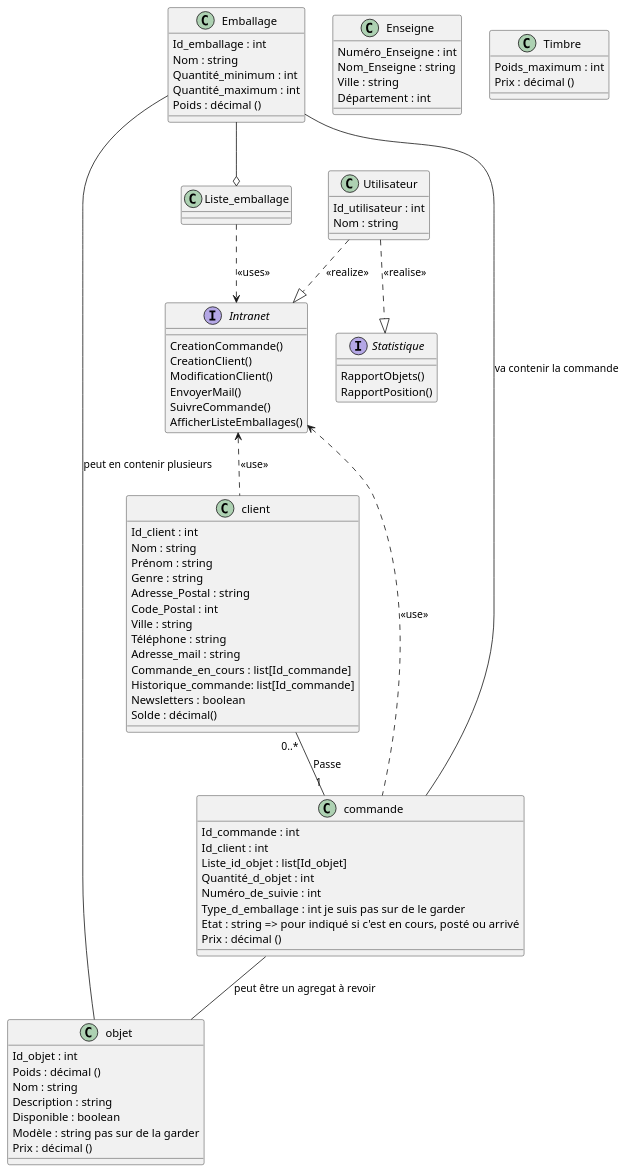
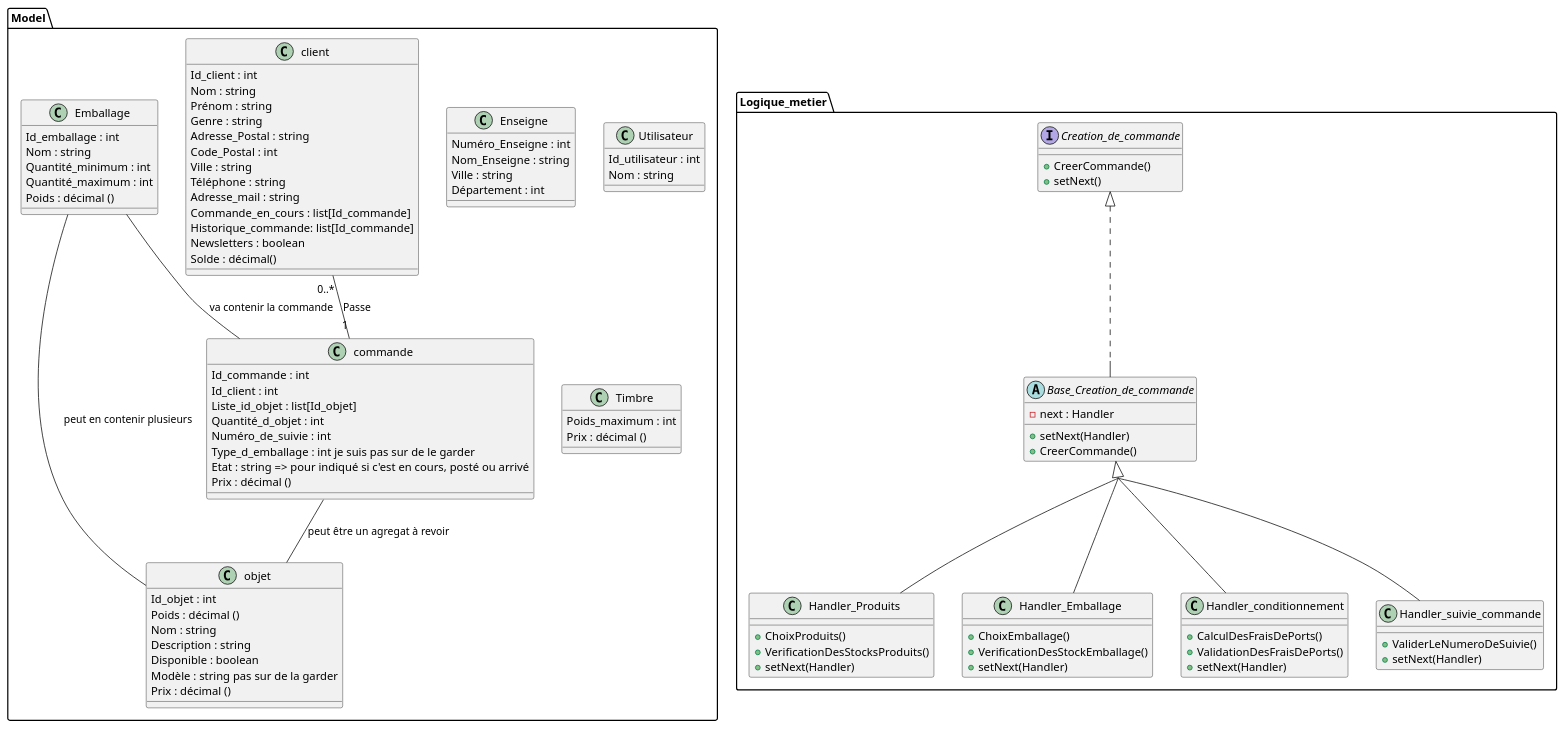
Before and after one commit to Bluwen/Conception_d_une_application_informatique: the diagram in Classe.puml, drawn with PlantUML.

Commit message:
Modification et ajout des packages model et logique_metier

```diff
--- a/Classe.puml
+++ b/Classe.puml
@@ -1,99 +1,128 @@
 @startuml class brooullion
+skinparam groupInheritance 4
 
-class client {
-    Id_client : int
-    Nom : string
-    Prénom : string
-    Genre : string
-    Adresse_Postal : string
-    Code_Postal : int
-    Ville : string
-    Téléphone : string
-    Adresse_mail : string
-    Commande_en_cours : list[Id_commande]
-    Historique_commande: list[Id_commande]
-    Newsletters : boolean
-    {field} Solde : décimal()
-}
+package Model {
+    class client {
+        Id_client : int
+        Nom : string
+        Prénom : string
+        Genre : string
+        Adresse_Postal : string
+        Code_Postal : int
+        Ville : string
+        Téléphone : string
+        Adresse_mail : string
+        Commande_en_cours : list[Id_commande]
+        Historique_commande: list[Id_commande]
+        Newsletters : boolean
+        {field} Solde : décimal()
+    }
 
-class commande {
-    Id_commande : int
-    Id_client : int
-    Liste_id_objet : list[Id_objet]
-    Quantité_d_objet : int
-    Numéro_de_suivie : int
-    Type_d_emballage : int je suis pas sur de le garder
-    Etat : string => pour indiqué si c'est en cours, posté ou arrivé
-    {field} Prix : décimal ()
+    class commande {
+        Id_commande : int
+        Id_client : int
+        Liste_id_objet : list[Id_objet]
+        Quantité_d_objet : int
+        Numéro_de_suivie : int
+        Type_d_emballage : int je suis pas sur de le garder
+        Etat : string => pour indiqué si c'est en cours, posté ou arrivé
+        {field} Prix : décimal ()
 
-}
+    }
 
-class objet {
-    Id_objet : int
-    {field} Poids : décimal ()
-    Nom : string
-    Description : string
-    Disponible : boolean
-    Modèle : string pas sur de la garder
-    {field} Prix : décimal ()
-}
+    class objet {
+        Id_objet : int
+        {field} Poids : décimal ()
+        Nom : string
+        Description : string
+        Disponible : boolean
+        Modèle : string pas sur de la garder
+        {field} Prix : décimal ()
+    }
 
-class Emballage {
-    Id_emballage : int
-    Nom : string
-    Quantité_minimum : int
-    Quantité_maximum : int
-    {field} Poids : décimal ()
-}
+    class Emballage {
+        Id_emballage : int
+        Nom : string
+        Quantité_minimum : int
+        Quantité_maximum : int
+        {field} Poids : décimal ()
+    }
 
-class Enseigne {
-    Numéro_Enseigne : int
-    Nom_Enseigne : string
-    Ville : string
-    Département : int
-}
+    class Enseigne {
+        Numéro_Enseigne : int
+        Nom_Enseigne : string
+        Ville : string
+        Département : int
+    }
 
-class Utilisateur {
-    Id_utilisateur : int
-    Nom : string
-}
+    class Utilisateur {
+        Id_utilisateur : int
+        Nom : string
+    }
 
-interface Intranet {
-    CreationCommande()
-    CreationClient()
-    ModificationClient()
-    EnvoyerMail()
-    SuivreCommande()
-    AfficherListeEmballages()
-}
-
-class Timbre {
-    Poids_maximum : int
-    {field} Prix : décimal ()
-}
-
-class Liste_emballage {
-
-}
-
-interface Statistique {
-    RapportObjets()
-    RapportPosition()
-
+    class Timbre {
+        Poids_maximum : int
+        {field} Prix : décimal ()
+    }
 }
 
 client "0..*" -- "1" commande : Passe
 commande -- objet : peut être un agregat à revoir
 Emballage -- objet : peut en contenir plusieurs
 Emballage -- commande : va contenir la commande
 
-Utilisateur ..|> Intranet : <<realize>>
-Intranet <.. client : <<use>>
-Intranet <.. commande : <<use>>
 
-Emballage --o Liste_emballage
-Liste_emballage ..> Intranet : <<uses>>
+package Logique_metier {
+    interface Creation_de_commande {
+        + CreerCommande()
+        + setNext()
+    }
 
-Utilisateur ..|> Statistique : <<realise>>
+    abstract Base_Creation_de_commande {
+        - next : Handler
+        + setNext(Handler)
+        + CreerCommande()
+    } 
+
+    class Handler_Produits{
+        + ChoixProduits()
+        + VerificationDesStocksProduits()
+        + setNext(Handler)
+    }
+
+    class Handler_Emballage {
+        + ChoixEmballage()
+        + VerificationDesStockEmballage()
+        + setNext(Handler)
+    }
+
+    class Handler_conditionnement {
+        + CalculDesFraisDePorts()
+        + ValidationDesFraisDePorts()
+        + setNext(Handler)
+    }
+
+    class Handler_suivie_commande {
+        + ValiderLeNumeroDeSuivie()
+        + setNext(Handler)
+    }
+}
+
+Creation_de_commande <|.. Base_Creation_de_commande
+Base_Creation_de_commande <|-- Handler_Produits
+Base_Creation_de_commande <|-- Handler_Emballage
+Base_Creation_de_commande <|-- Handler_conditionnement
+Base_Creation_de_commande <|-- Handler_suivie_commande
+
+
+
+
+
+
+
+
+
+
+
 
 @enduml
```
